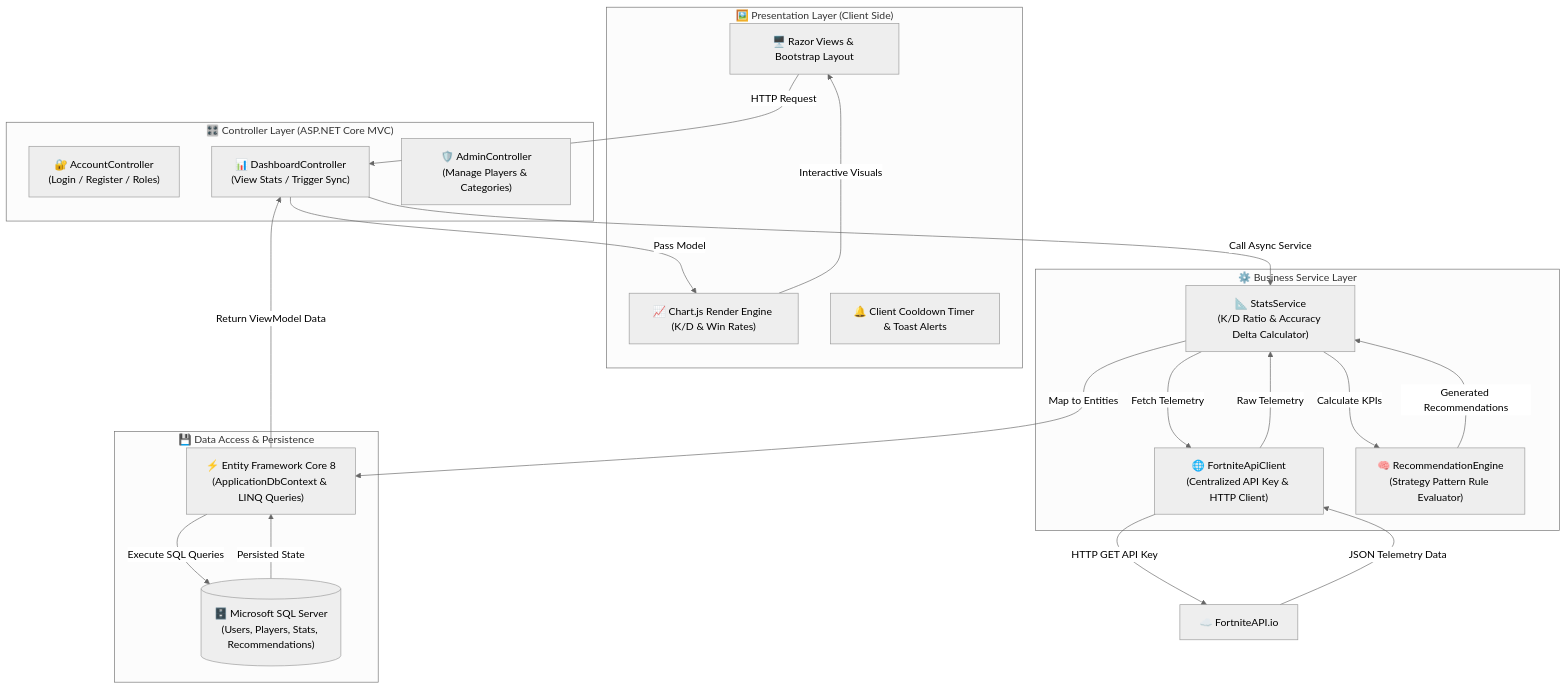
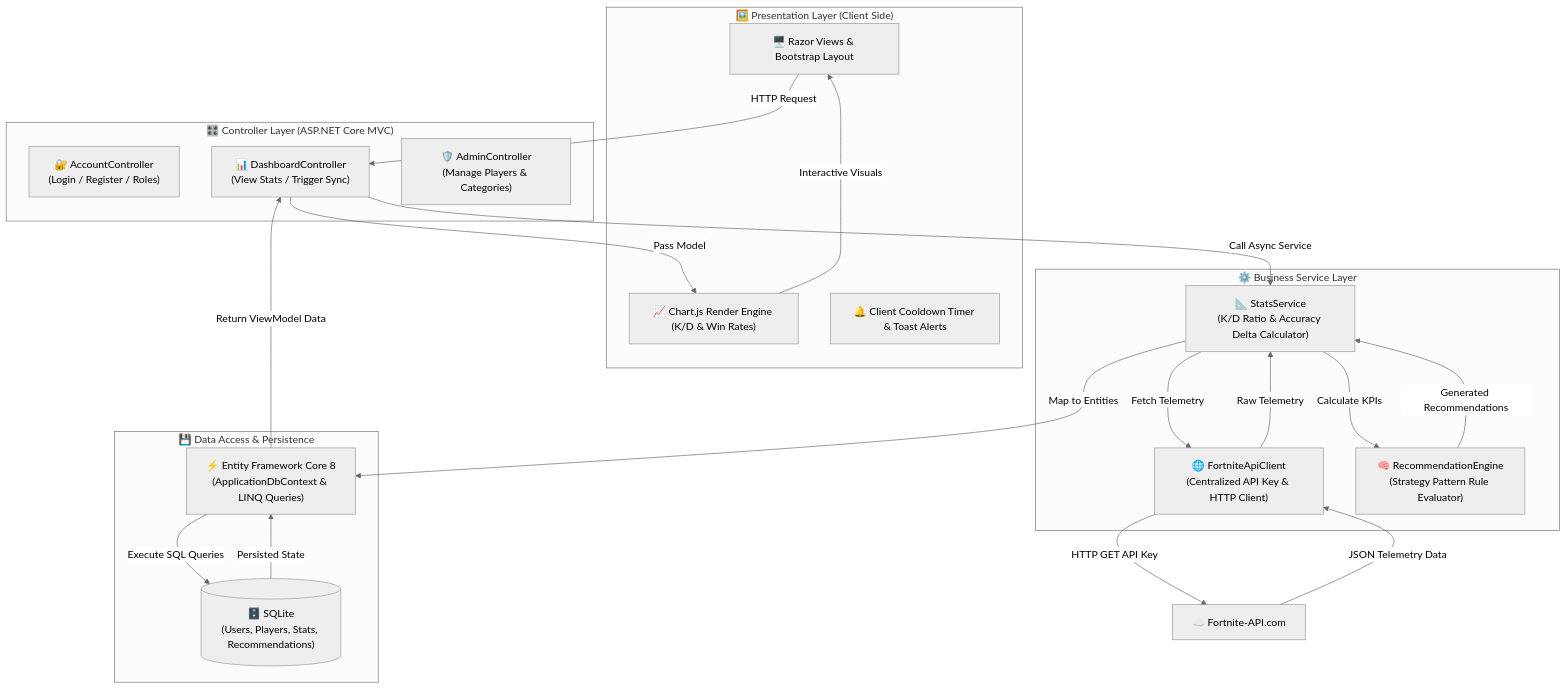
One commit to RaunakSachdeva2004/Fortnite-Performance-Dashboard changed the second of 5 diagrams in README.md. Above: the diagram before and after it, drawn with Mermaid (neutral theme). The commit also changed other lines of this file and 40 other files, not shown here.

Commit message:
Migrate to SQLite, fix Stats history schema, switch to Fortnite-API.com

````diff
--- a/README.md
+++ b/README.md
@@ -148,41 +148,41 @@
 ```mermaid
 flowchart TB
     subgraph PRESENTATION["🖼️ Presentation Layer (Client Side)"]
         UI["🖥️ Razor Views & Bootstrap Layout"]
         CHART["📈 Chart.js Render Engine (K/D & Win Rates)"]
         NOTIF["🔔 Client Cooldown Timer & Toast Alerts"]
     end
 
     subgraph CONTROLLER["🎛️ Controller Layer (ASP.NET Core MVC)"]
         AUTH_CTRL["🔐 AccountController\n(Login / Register / Roles)"]
         DASH_CTRL["📊 DashboardController\n(View Stats / Trigger Sync)"]
         ADMIN_CTRL["🛡️ AdminController\n(Manage Players & Categories)"]
     end
 
     subgraph SERVICES["⚙️ Business Service Layer"]
         API_CLIENT["🌐 FortniteApiClient\n(Centralized API Key & HTTP Client)"]
         STATS_SVC["📐 StatsService\n(K/D Ratio & Accuracy Delta Calculator)"]
         COACH_ENG["🧠 RecommendationEngine\n(Strategy Pattern Rule Evaluator)"]
     end
 
     subgraph DATA["💾 Data Access & Persistence"]
         EF_CORE["⚡ Entity Framework Core 8\n(ApplicationDbContext & LINQ Queries)"]
-        SQL_DB[("🗄️ Microsoft SQL Server\n(Users, Players, Stats, Recommendations)")]
+        SQL_DB[("🗄️ SQLite\n(Users, Players, Stats, Recommendations)")]
     end
 
     %% User Interaction Flow
     UI -->|HTTP Request| DASH_CTRL
     DASH_CTRL -->|Call Async Service| STATS_SVC
     STATS_SVC -->|Fetch Telemetry| API_CLIENT
-    API_CLIENT -->|HTTP GET API Key| EXT_API["☁️ FortniteAPI.io"]
+    API_CLIENT -->|HTTP GET API Key| EXT_API["☁️ Fortnite-API.com"]
     EXT_API -->|JSON Telemetry Data| API_CLIENT
     API_CLIENT -->|Raw Telemetry| STATS_SVC
     STATS_SVC -->|Calculate KPIs| COACH_ENG
     COACH_ENG -->|Generated Recommendations| STATS_SVC
     STATS_SVC -->|Map to Entities| EF_CORE
     EF_CORE -->|Execute SQL Queries| SQL_DB
     SQL_DB -->|Persisted State| EF_CORE
     EF_CORE -->|Return ViewModel Data| DASH_CTRL
     DASH_CTRL -->|Pass Model| CHART
     CHART -->|Interactive Visuals| UI
 ```
````
